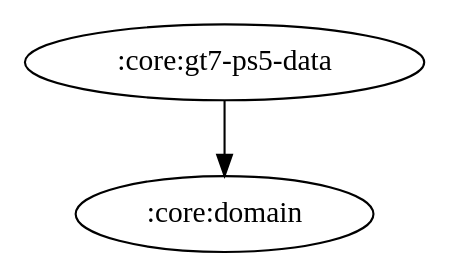
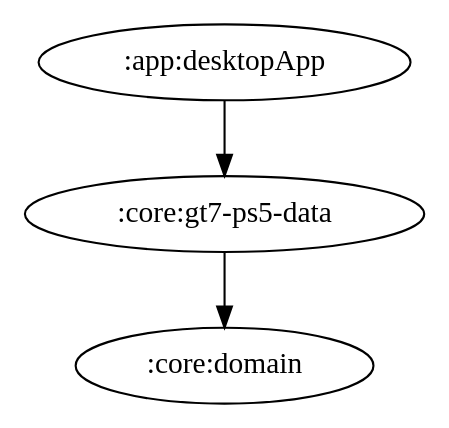
The diagram in docs/graphs/core-gt7-ps5-data.gv (ai-kurou/KoDriver), drawn with Graphviz before and after one commit. The commit also changed 9 other files, not shown here.

Commit message:
chore: update module graph images

```diff
--- a/docs/graphs/core-gt7-ps5-data.gv
+++ b/docs/graphs/core-gt7-ps5-data.gv
@@ -1,4 +1,5 @@
 digraph G {
   rankdir=TB
+  ":app:desktopApp" -> ":core:gt7-ps5-data"
   ":core:gt7-ps5-data" -> ":core:domain"
 }
```
